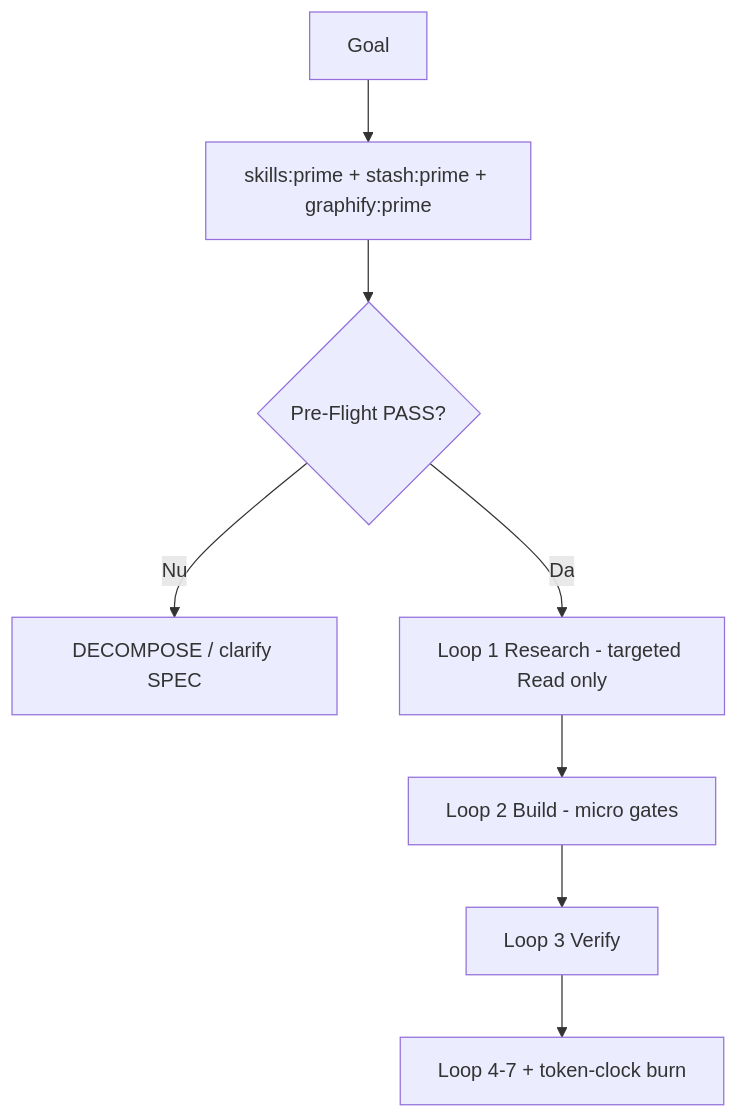
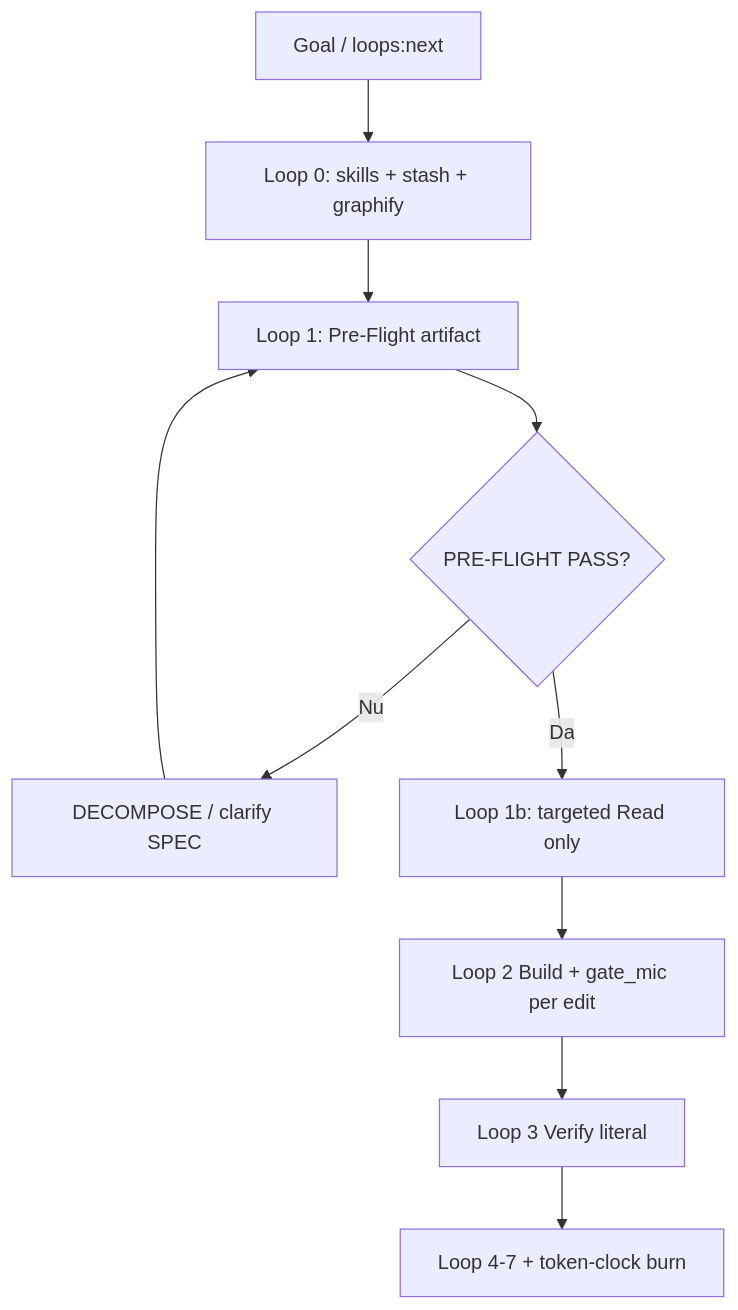
The diagram in docs/planning/superpowers-loops.md (Solaris-CET/solaris-cet), drawn with Mermaid before and after one commit. The commit also changed other lines of this file and 35 other files, not shown here.

````diff
--- a/docs/planning/superpowers-loops.md
+++ b/docs/planning/superpowers-loops.md
@@ -16,10 +35,12 @@
 ```mermaid
 flowchart TD
-    A[Goal] --> B[skills:prime + stash:prime + graphify:prime]
-    B --> C{Pre-Flight PASS?}
-    C -->|Nu| D[DECOMPOSE / clarify SPEC]
-    C -->|Da| E[Loop 1 Research - targeted Read only]
-    E --> F[Loop 2 Build - micro gates]
-    F --> G[Loop 3 Verify]
-    G --> H[Loop 4-7 + token-clock burn]
+    A[Goal / loops:next] --> B[Loop 0: skills + stash + graphify]
+    B --> C[Loop 1: Pre-Flight artifact]
+    C --> D{PRE-FLIGHT PASS?}
+    D -->|Nu| E[DECOMPOSE / clarify SPEC]
+    D -->|Da| F[Loop 1b: targeted Read only]
+    F --> G[Loop 2 Build + gate_mic per edit]
+    G --> H[Loop 3 Verify literal]
+    H --> I[Loop 4-7 + token-clock burn]
+    E --> C
 ```
````
